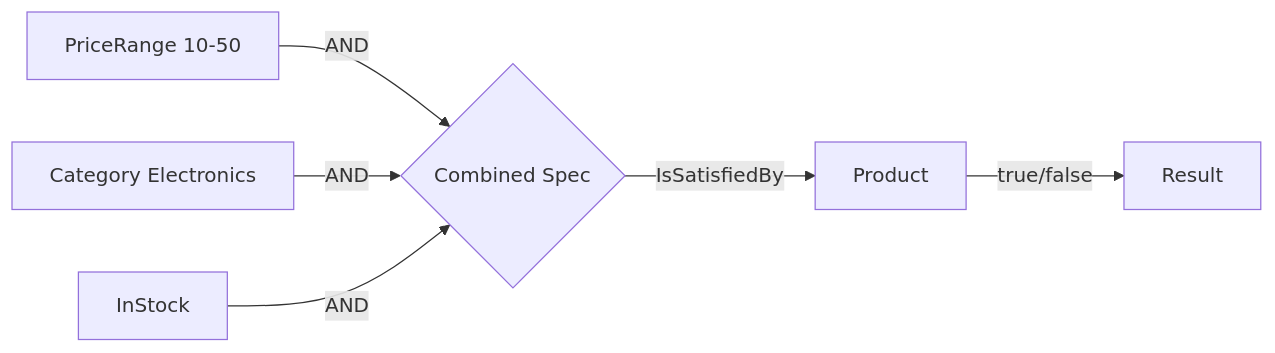
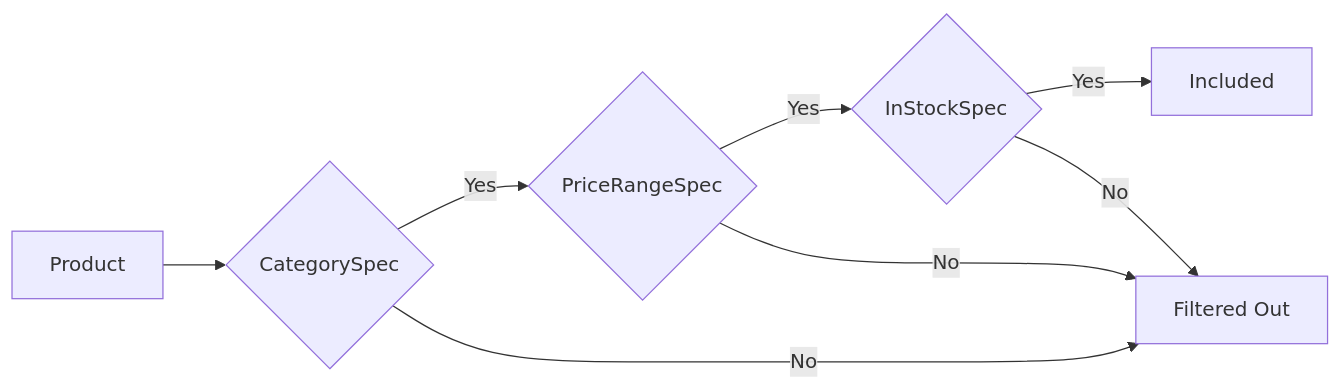
One commit to senapatisantosh/DotnetAdvanceDesignPattern changed the second of 2 diagrams in src/DesignPatterns.Enterprise/Specification/README.md. Above: the diagram before and after it, drawn with Mermaid. The commit also changed other lines of this file and 10 other files, not shown here.

````diff
--- a/src/DesignPatterns.Enterprise/Specification/README.md
+++ b/src/DesignPatterns.Enterprise/Specification/README.md
@@ -106,8 +115,10 @@
 ```mermaid
 flowchart LR
-    A[PriceRange 10-50] -->|AND| C{Combined Spec}
-    B[Category Electronics] -->|AND| C
-    D[InStock] -->|AND| C
-    C -->|IsSatisfiedBy| E[Product]
-    E -->|true/false| F[Result]
+    P[Product] --> C{CategorySpec}
+    C -->|Yes| PR{PriceRangeSpec}
+    C -->|No| Reject[Filtered Out]
+    PR -->|Yes| IS{InStockSpec}
+    PR -->|No| Reject
+    IS -->|Yes| Accept[Included]
+    IS -->|No| Reject
 ```
````
